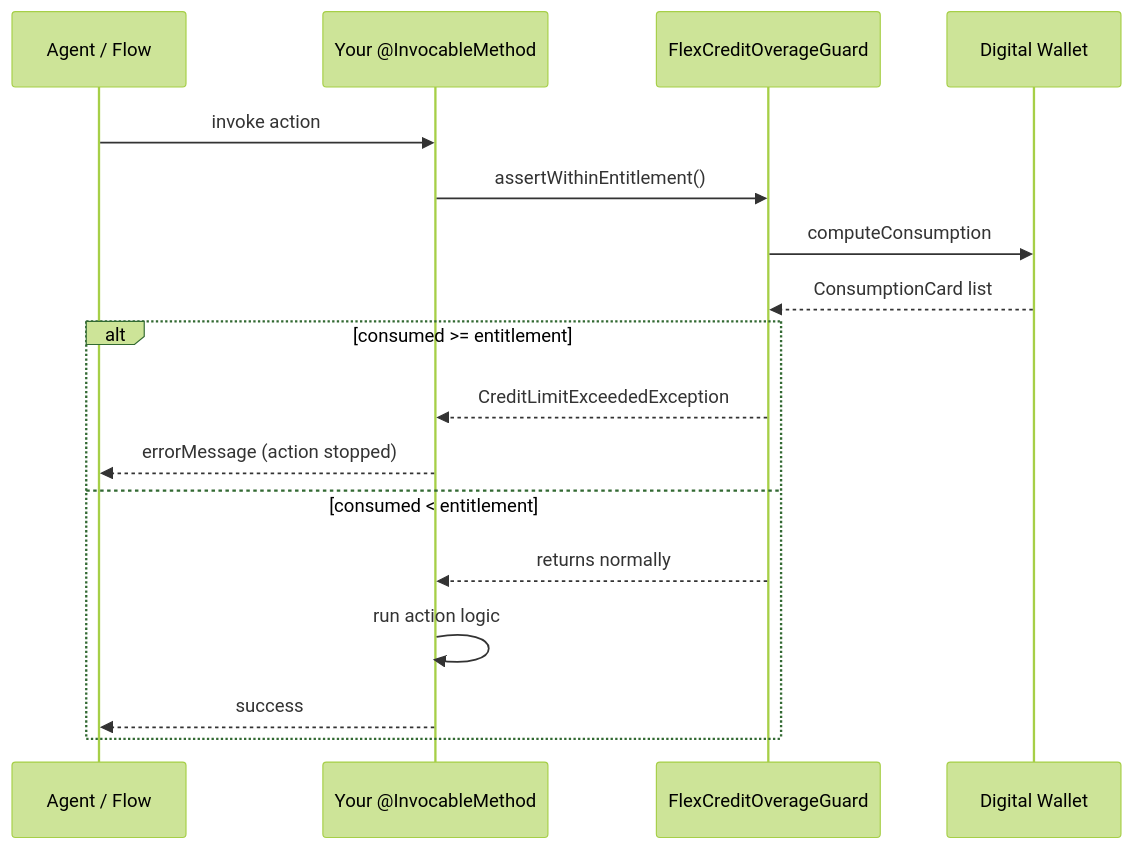
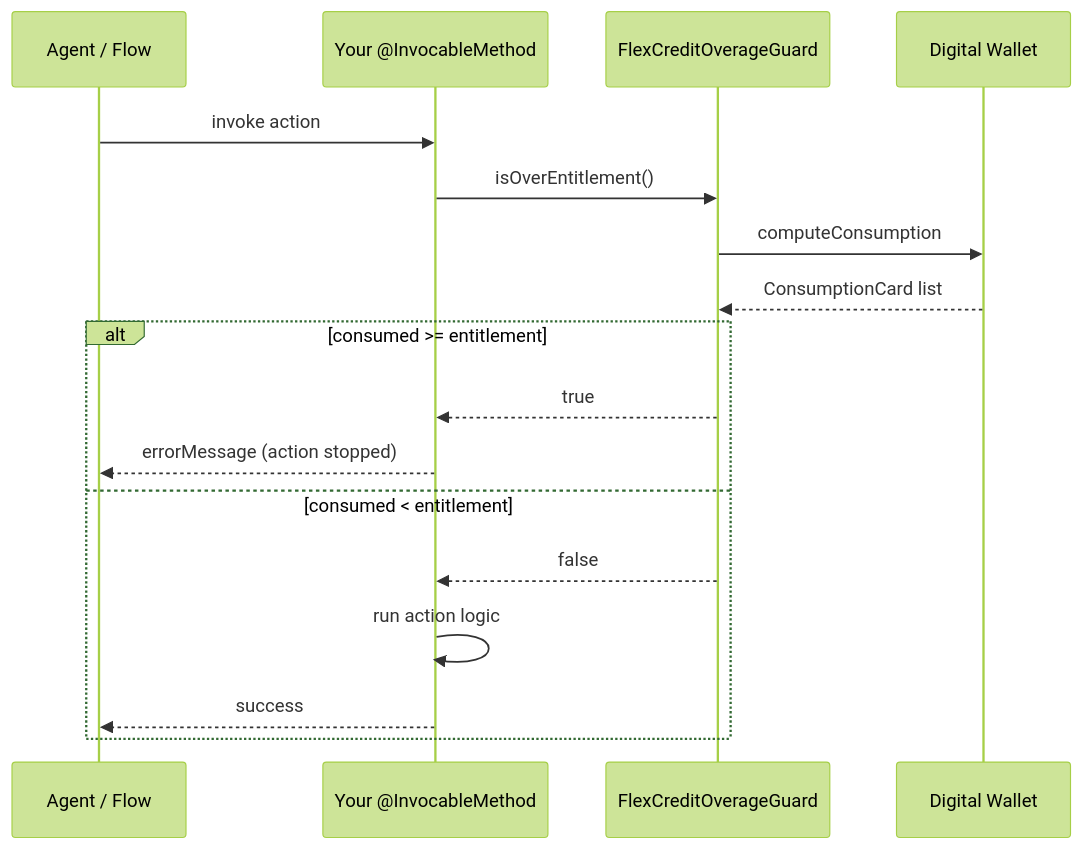
Before and after one commit to Amit-Tripathi/apex-flex-credit-guard: the diagram in README.md, drawn with Mermaid (forest theme). The commit also changed other lines of this file and 2 other files, not shown here.

````diff
--- a/README.md
+++ b/README.md
@@ -15,21 +15,21 @@
 ```mermaid
 sequenceDiagram
     participant A as Agent / Flow
     participant X as Your @InvocableMethod
     participant G as FlexCreditOverageGuard
     participant W as Digital Wallet
 
     A->>X: invoke action
-    X->>G: assertWithinEntitlement()
+    X->>G: isOverEntitlement()
     G->>W: computeConsumption
     W-->>G: ConsumptionCard list
 
     alt consumed >= entitlement
-        G-->>X: CreditLimitExceededException
+        G-->>X: true
         X-->>A: errorMessage (action stopped)
     else consumed < entitlement
-        G-->>X: returns normally
+        G-->>X: false
         X->>X: run action logic
         X-->>A: success
     end
 ```
````
